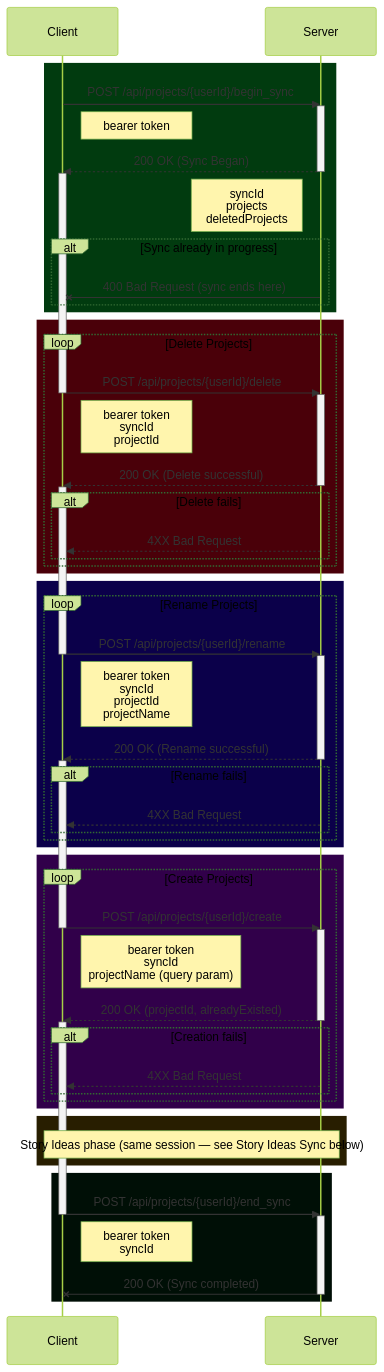
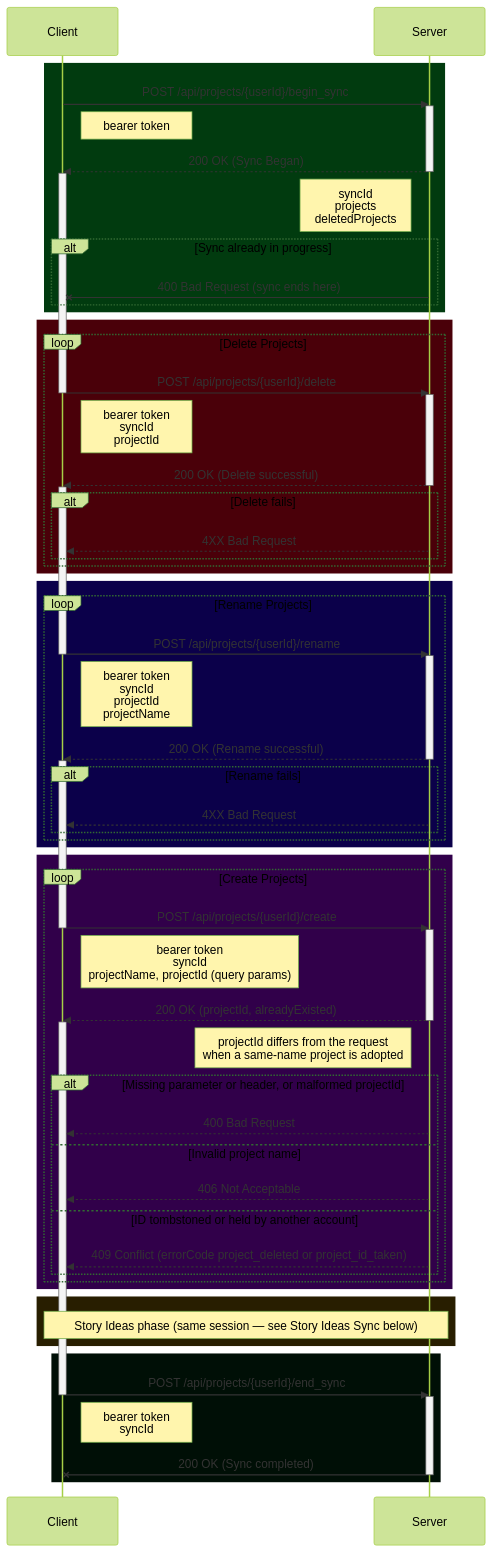
One commit to Darkrock-Studios/hammer-editor changed the first of 10 diagrams in docs/SYNCING-PROTOCOL.md. Above: the diagram before and after it, drawn with Mermaid (forest theme). The commit also changed other lines of this file and 3 other files, not shown here.

Commit message:
Docs: persisted data tiers and client-owned project ids

````diff
--- a/docs/SYNCING-PROTOCOL.md
+++ b/docs/SYNCING-PROTOCOL.md
@@ -69,76 +92,81 @@
 ```mermaid
 sequenceDiagram
 	participant Client as Client
 	participant Server as Server
 
 	rect rgb(1, 59, 15)
 		Client ->> Server: POST /api/projects/{userId}/begin_sync
 		activate Server
 		Note right of Client: bearer token
 		Server -->> Client: 200 OK (Sync Began)
 		deactivate Server
 		activate Client
 		Note left of Server: syncId<br/>projects<br/>deletedProjects
 		alt Sync already in progress
 			Server -x Client: 400 Bad Request (sync ends here)
 		end
 	end
 	rect rgb(74, 0, 9)
 		loop Delete Projects
 			Client ->> Server: POST /api/projects/{userId}/delete
 			deactivate Client
 			activate Server
 			Note right of Client: bearer token <br/> syncId <br/> projectId
 			Server -->> Client: 200 OK (Delete successful)
 			deactivate Server
 			activate Client
 			alt Delete fails
 				Server -->> Client: 4XX Bad Request
 			end
 		end
 	end
 
 	rect rgb(11, 0, 74)
 		loop Rename Projects
 			Client ->> Server: POST /api/projects/{userId}/rename
 			deactivate Client
 			activate Server
 			Note right of Client: bearer token <br/> syncId <br/> projectId <br/> projectName
 			Server -->> Client: 200 OK (Rename successful)
 			deactivate Server
 			activate Client
 			alt Rename fails
 				Server -->> Client: 4XX Bad Request
 			end
 		end
 	end
 
 	rect rgb(49, 0, 74)
 		loop Create Projects
 			Client ->> Server: POST /api/projects/{userId}/create
 			deactivate Client
 			activate Server
-			Note right of Client: bearer token <br/> syncId <br/> projectName (query param)
+			Note right of Client: bearer token <br/> syncId <br/> projectName, projectId (query params)
 			Server -->> Client: 200 OK (projectId, alreadyExisted)
 			deactivate Server
 			activate Client
-			alt Creation fails
-				Server -->> Client: 4XX Bad Request
+			Note left of Server: projectId differs from the request<br/>when a same-name project is adopted
+			alt Missing parameter or header, or malformed projectId
+				Server -->> Client: 400 Bad Request
+			else Invalid project name
+				Server -->> Client: 406 Not Acceptable
+			else ID tombstoned or held by another account
+				Server -->> Client: 409 Conflict (errorCode project_deleted or project_id_taken)
 			end
 		end
 	end
 
 	rect rgb(40, 30, 0)
 		Note over Client,Server: Story Ideas phase (same session — see Story Ideas Sync below)
 	end
 
 	rect rgb(0, 15, 6)
 		Client ->> Server: POST /api/projects/{userId}/end_sync
 		deactivate Client
 		activate Server
 		Note right of Client: bearer token <br/> syncId
 		Server -x Client: 200 OK (Sync completed)
 		deactivate Server
 	end
 
 ```
````
